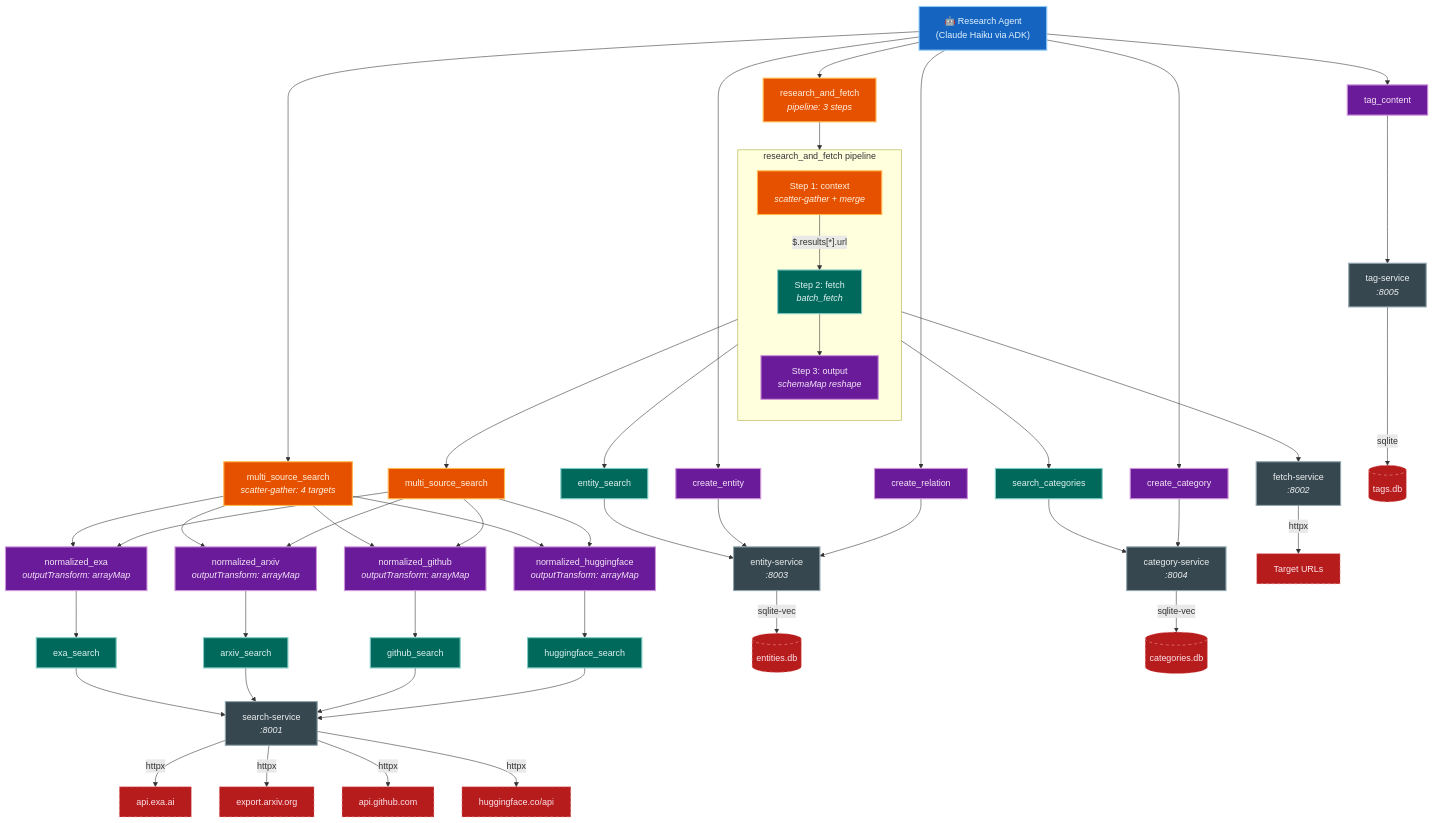
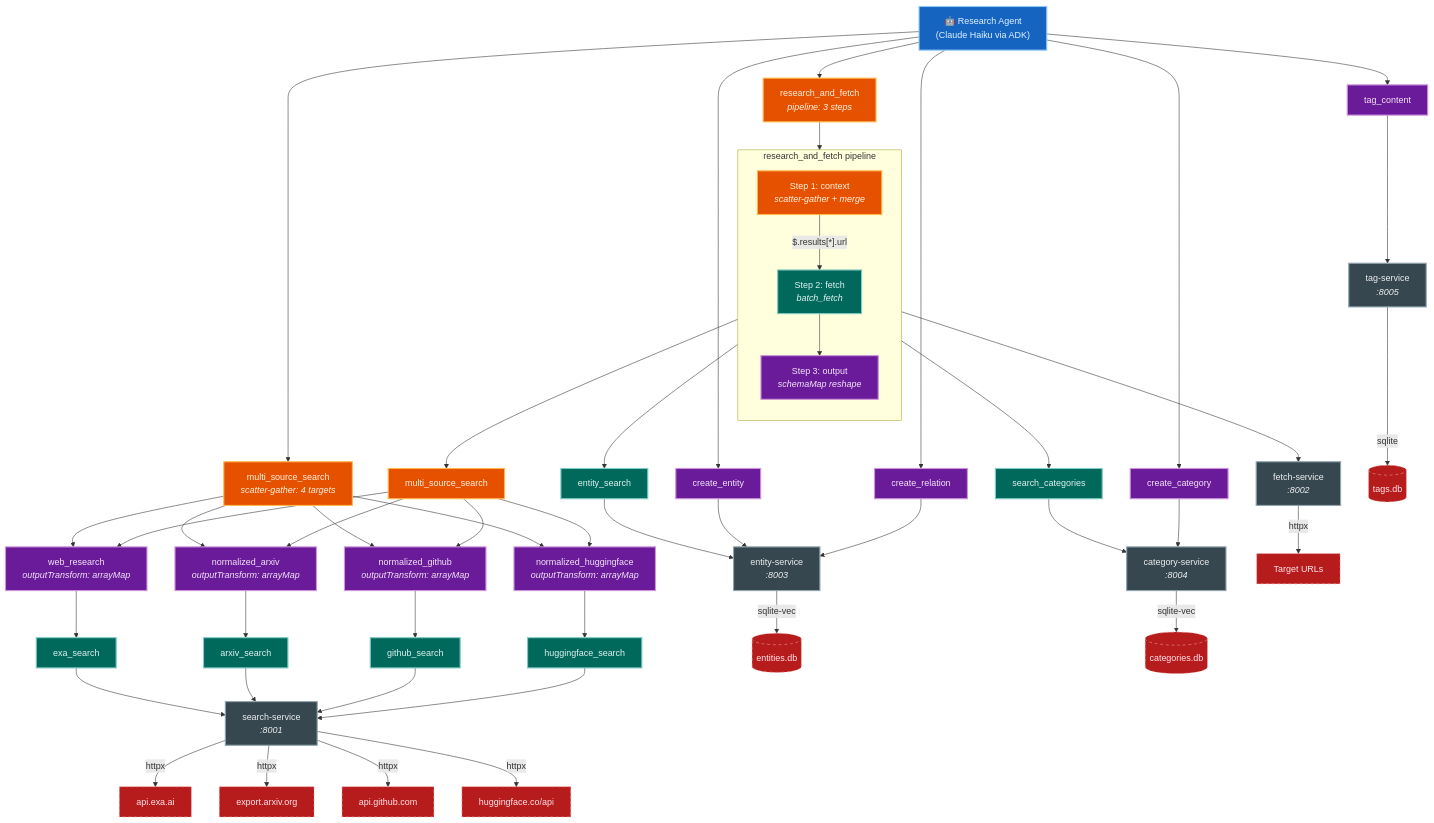
The diagram in examples/research-assistant-demo/docs/tool-hierarchy.mmd (jakemannix/agentgatewaygastown), drawn with Mermaid before and after one commit. The commit also changed 8 other files, not shown here.

```diff
--- a/examples/research-assistant-demo/docs/tool-hierarchy.mmd
+++ b/examples/research-assistant-demo/docs/tool-hierarchy.mmd
@@ -1,86 +1,86 @@
 graph TD
     classDef agent fill:#1565c0,stroke:#90caf9,stroke-width:2px,color:#e3f2fd
     classDef composition fill:#e65100,stroke:#ffb74d,stroke-width:2px,color:#fff3e0
     classDef virtual fill:#6a1b9a,stroke:#ce93d8,stroke-width:2px,color:#f3e5f5
     classDef mcptool fill:#00695c,stroke:#80cbc4,stroke-width:2px,color:#e0f2f1
     classDef service fill:#37474f,stroke:#90a4ae,stroke-width:2px,color:#eceff1
     classDef external fill:#b71c1c,stroke:#ef9a9a,stroke-width:1px,stroke-dasharray: 5 5,color:#fce4ec
 
     Agent["🤖 Research Agent<br/>(Claude Haiku via ADK)"]:::agent
 
     %% Compositional virtual tools
     RAF["research_and_fetch<br/><i>pipeline: 3 steps</i>"]:::composition
     MSS["multi_source_search<br/><i>scatter-gather: 4 targets</i>"]:::composition
 
     %% Simple virtual tools (passthrough or transform)
-    NE["normalized_exa<br/><i>outputTransform: arrayMap</i>"]:::virtual
+    NE["web_research<br/><i>outputTransform: arrayMap</i>"]:::virtual
     NA["normalized_arxiv<br/><i>outputTransform: arrayMap</i>"]:::virtual
     NG["normalized_github<br/><i>outputTransform: arrayMap</i>"]:::virtual
     NH["normalized_huggingface<br/><i>outputTransform: arrayMap</i>"]:::virtual
     CE["create_entity"]:::virtual
     CR["create_relation"]:::virtual
     CC["create_category"]:::virtual
     TC["tag_content"]:::virtual
 
     %% Agent calls top-level tools
     Agent --> RAF
     Agent --> MSS
     Agent --> CE
     Agent --> CR
     Agent --> CC
     Agent --> TC
 
     %% research_and_fetch pipeline
     subgraph "research_and_fetch pipeline"
         direction TB
         CTX["Step 1: context<br/><i>scatter-gather + merge</i>"]:::composition
         FETCH["Step 2: fetch<br/><i>batch_fetch</i>"]:::mcptool
         OUT["Step 3: output<br/><i>schemaMap reshape</i>"]:::virtual
         CTX -->|"$.results[*].url"| FETCH
         FETCH --> OUT
     end
     RAF --> CTX
 
     %% context step scatter-gather targets
     CTX --> ES["entity_search"]:::mcptool
     CTX --> SC["search_categories"]:::mcptool
     CTX --> MSS2["multi_source_search"]:::composition
 
     %% multi_source_search targets
     MSS --> NE
     MSS --> NA
     MSS --> NG
     MSS --> NH
     MSS2 --> NE
     MSS2 --> NA
     MSS2 --> NG
     MSS2 --> NH
 
     %% Normalized tools → base MCP tools
     NE --> EXA["exa_search"]:::mcptool
     NA --> ARX["arxiv_search"]:::mcptool
     NG --> GH["github_search"]:::mcptool
     NH --> HF["huggingface_search"]:::mcptool
 
     %% Base MCP tools → backend services
     EXA --> SS["search-service<br/><i>:8001</i>"]:::service
     ARX --> SS
     GH --> SS
     HF --> SS
     FETCH --> FS["fetch-service<br/><i>:8002</i>"]:::service
     ES --> ENS["entity-service<br/><i>:8003</i>"]:::service
     SC --> CS["category-service<br/><i>:8004</i>"]:::service
     CE --> ENS
     CR --> ENS
     CC --> CS
     TC --> TS["tag-service<br/><i>:8005</i>"]:::service
 
     %% Services → external APIs / storage
     SS -->|httpx| EXA_API["api.exa.ai"]:::external
     SS -->|httpx| ARX_API["export.arxiv.org"]:::external
     SS -->|httpx| GH_API["api.github.com"]:::external
     SS -->|httpx| HF_API["huggingface.co/api"]:::external
     FS -->|httpx| WEB["Target URLs"]:::external
     ENS -->|sqlite-vec| EDB[("entities.db")]:::external
     CS -->|sqlite-vec| CDB[("categories.db")]:::external
     TS -->|sqlite| TDB[("tags.db")]:::external
```
